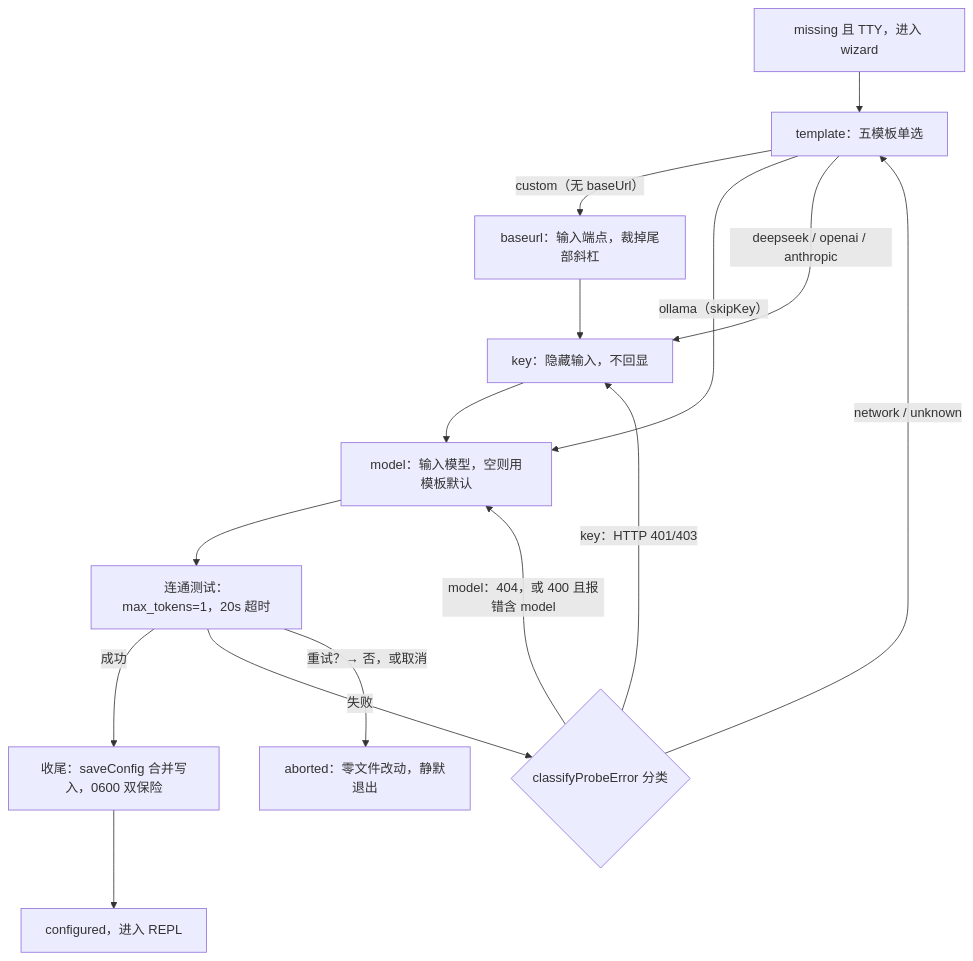
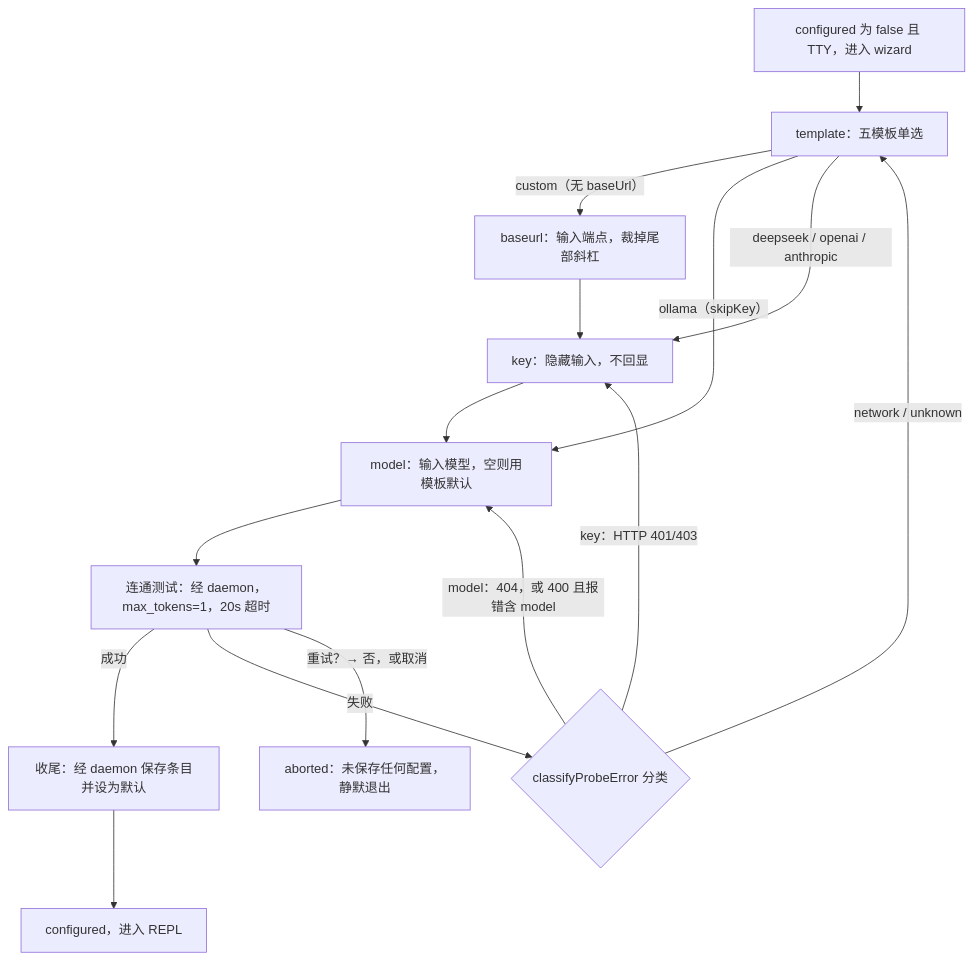
Before and after one commit to zachysun/kclaw: the diagram in docs/cli/onboarding.md, drawn with Mermaid. The commit also changed other lines of this file and 30 other files, not shown here.

````diff
--- a/docs/cli/onboarding.md
+++ b/docs/cli/onboarding.md
@@ -69,17 +61,17 @@
 ```mermaid
 flowchart TD
-    A["missing 且 TTY，进入 wizard"] --> B["template：五模板单选"]
+    A["configured 为 false 且 TTY，进入 wizard"] --> B["template：五模板单选"]
     B -->|"custom（无 baseUrl）"| C["baseurl：输入端点，裁掉尾部斜杠"]
     B -->|"ollama（skipKey）"| E["model：输入模型，空则用模板默认"]
     B -->|"deepseek / openai / anthropic"| D["key：隐藏输入，不回显"]
     C --> D
     D --> E
-    E --> T["连通测试：max_tokens=1，20s 超时"]
-    T -->|"成功"| W["收尾：saveConfig 合并写入，0600 双保险"]
+    E --> T["连通测试：经 daemon，max_tokens=1，20s 超时"]
+    T -->|"成功"| W["收尾：经 daemon 保存条目并设为默认"]
     W --> Z["configured，进入 REPL"]
     T -->|"失败"| F{"classifyProbeError 分类"}
     F -->|"key：HTTP 401/403"| D
     F -->|"model：404，或 400 且报错含 model"| E
     F -->|"network / unknown"| B
-    T -->|"重试？→ 否，或取消"| X["aborted：零文件改动，静默退出"]
+    T -->|"重试？→ 否，或取消"| X["aborted：未保存任何配置，静默退出"]
 ```
````
